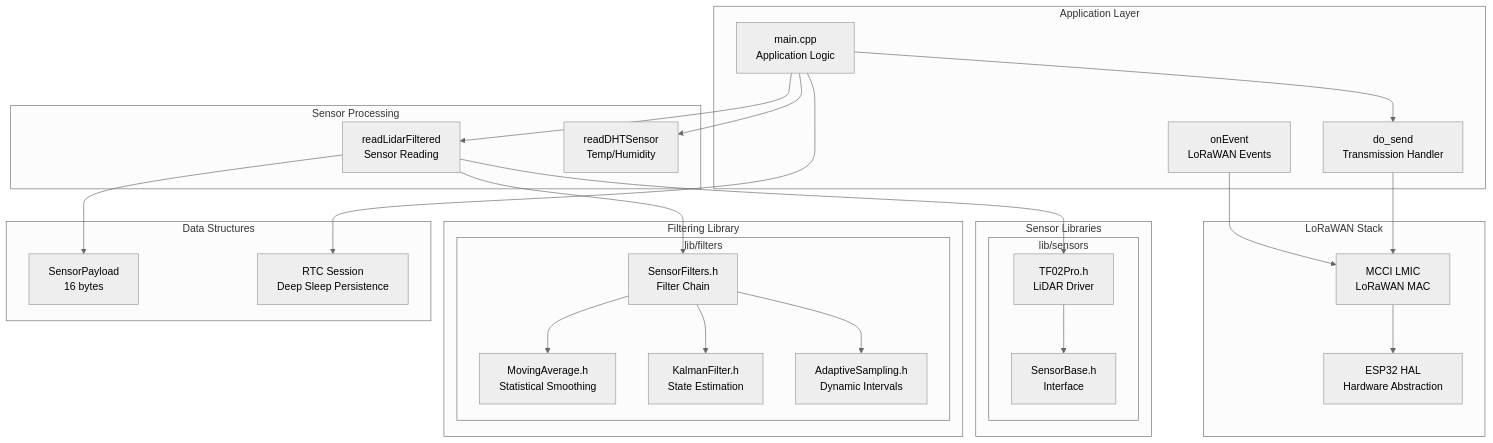
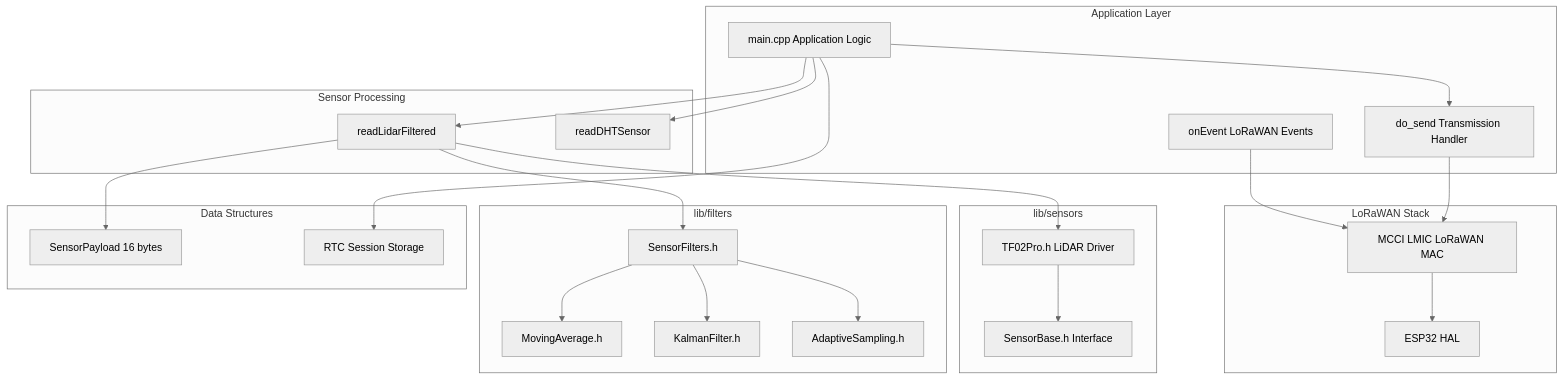
The second of 10 diagrams in docs/architecture-diagrams.md (Klausdk1999/lora-modules), drawn with Mermaid (neutral theme) before and after one commit. The commit also changed other lines of this file, not shown here.

First line of the commit message:
Refactor architecture diagrams for clarity and consistency

````diff
--- a/docs/architecture-diagrams.md
+++ b/docs/architecture-diagrams.md
@@ -52,54 +52,50 @@
 ```mermaid
 graph TB
-    subgraph "Application Layer"
-        MAIN[main.cpp<br/>Application Logic]
-        SEND[do_send<br/>Transmission Handler]
-        EVENT[onEvent<br/>LoRaWAN Events]
+    subgraph AppLayer[Application Layer]
+        MAIN[main.cpp Application Logic]
+        SEND[do_send Transmission Handler]
+        EVENT[onEvent LoRaWAN Events]
     end
 
-    subgraph "Sensor Processing"
-        READ[readLidarFiltered<br/>Sensor Reading]
-        DHT_READ[readDHTSensor<br/>Temp/Humidity]
+    subgraph SensorProc[Sensor Processing]
+        READ[readLidarFiltered]
+        DHT_READ[readDHTSensor]
     end
 
-    subgraph "Filtering Library"
-        subgraph "lib/filters"
-            MA[MovingAverage.h<br/>Statistical Smoothing]
-            KF[KalmanFilter.h<br/>State Estimation]
-            SF[SensorFilters.h<br/>Filter Chain]
-            AS[AdaptiveSampling.h<br/>Dynamic Intervals]
-        end
+    subgraph FilterLib[lib/filters]
+        MA[MovingAverage.h]
+        KF[KalmanFilter.h]
+        SF[SensorFilters.h]
+        AS[AdaptiveSampling.h]
     end
 
-    subgraph "Sensor Libraries"
-        subgraph "lib/sensors"
-            TF02LIB[TF02Pro.h<br/>LiDAR Driver]
-            BASE[SensorBase.h<br/>Interface]
-        end
+    subgraph SensorLib[lib/sensors]
+        TF02LIB[TF02Pro.h LiDAR Driver]
+        BASE[SensorBase.h Interface]
     end
 
-    subgraph "LoRaWAN Stack"
-        LMIC[MCCI LMIC<br/>LoRaWAN MAC]
-        HAL[ESP32 HAL<br/>Hardware Abstraction]
+    subgraph LoRaStack[LoRaWAN Stack]
+        LMIC[MCCI LMIC LoRaWAN MAC]
+        HAL[ESP32 HAL]
     end
 
-    subgraph "Data Structures"
-        PAYLOAD[SensorPayload<br/>16 bytes]
-        SESSION[RTC Session<br/>Deep Sleep Persistence]
+    subgraph DataStruct[Data Structures]
+        PAYLOAD[SensorPayload 16 bytes]
+        SESSION[RTC Session Storage]
     end
 
     MAIN --> SEND
     MAIN --> READ
     MAIN --> DHT_READ
     READ --> SF
     SF --> MA
     SF --> KF
     SF --> AS
     READ --> TF02LIB
     TF02LIB --> BASE
     SEND --> LMIC
     EVENT --> LMIC
     LMIC --> HAL
     READ --> PAYLOAD
     MAIN --> SESSION
 ```
````
